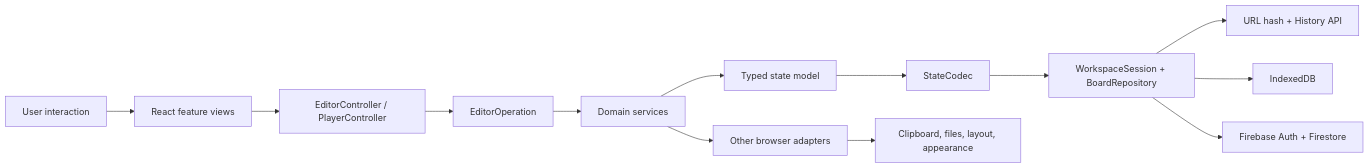
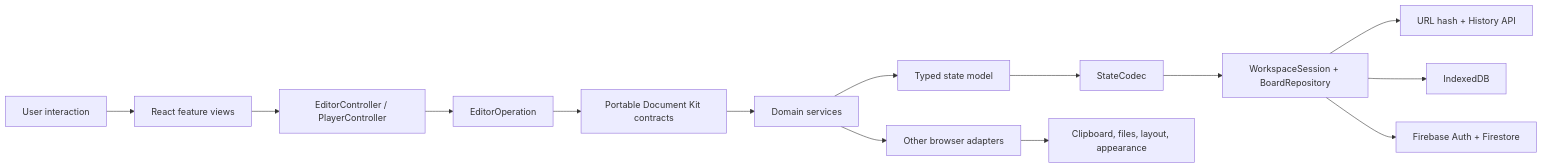
Before and after one commit to mikejhill/squarecast: the first of 2 diagrams in docs/architecture.md, drawn with Mermaid. The commit also changed other lines of this file and 11 other files, not shown here.

Commit message:
refactor: adopt portable document contracts

````diff
--- a/docs/architecture.md
+++ b/docs/architecture.md
@@ -29,15 +32,16 @@
 ```mermaid
 flowchart LR
     U["User interaction"] --> V["React feature views"]
     V --> C["EditorController / PlayerController"]
     C --> O["EditorOperation"]
-    O --> D["Domain services"]
+    O --> P["Portable Document Kit contracts"]
+    P --> D["Domain services"]
     D --> M["Typed state model"]
     M --> K["StateCodec"]
     K --> R["WorkspaceSession + BoardRepository"]
     R --> H["URL hash + History API"]
     R --> I["IndexedDB"]
     R --> F["Firebase Auth + Firestore"]
     D --> B["Other browser adapters"]
     B --> X["Clipboard, files, layout, appearance"]
 ```
````
